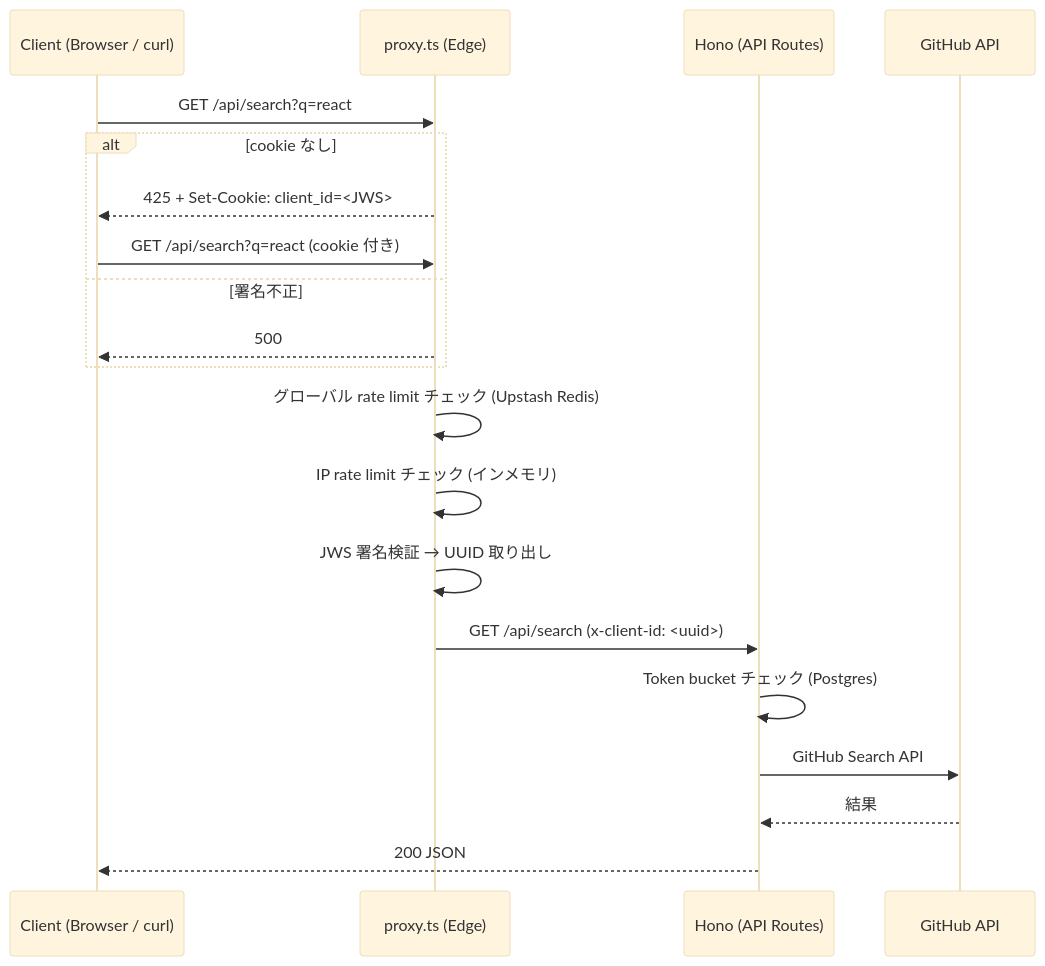
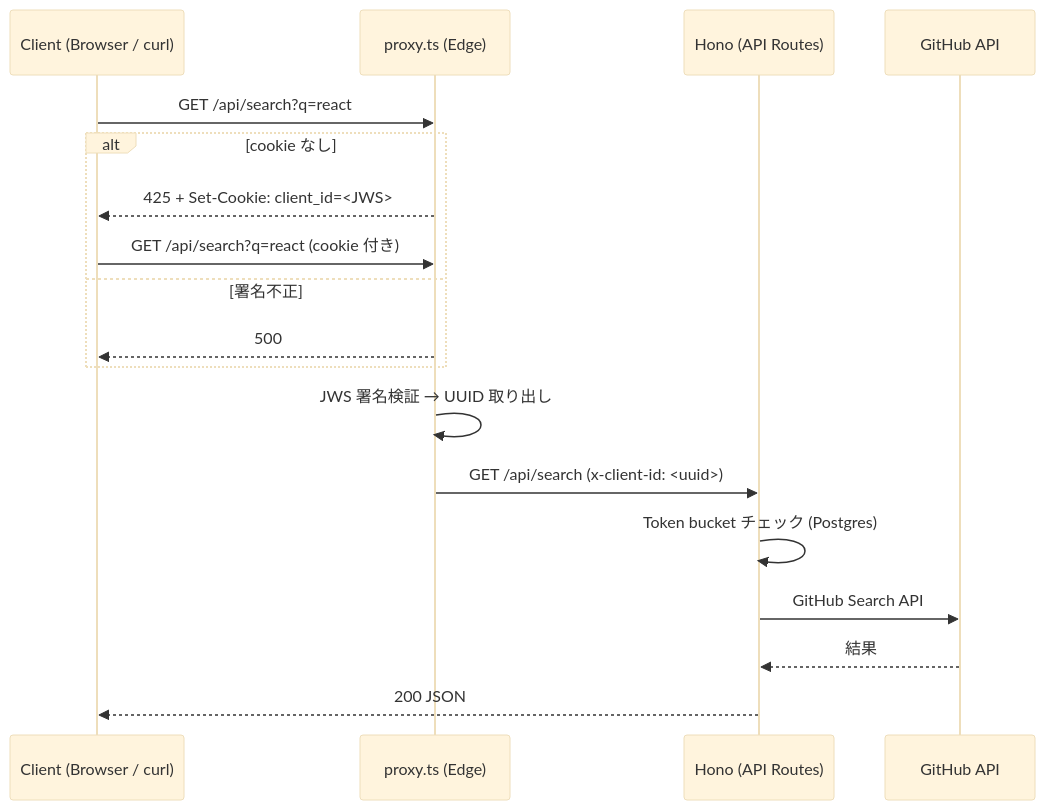
Before and after one commit to shidari/github-repo-explorer: the diagram in README.md, drawn with Mermaid (base theme). The commit also changed other lines of this file and 5 other files, not shown here.

First line of the commit message:
refactor: proxy からインメモリ IP rate limit と GlobalRateLimiter (Upstash Redis) を削除

````diff
--- a/README.md
+++ b/README.md
@@ -137,23 +136,21 @@
    ```mermaid
    sequenceDiagram
        participant C as Client (Browser / curl)
        participant P as proxy.ts (Edge)
        participant H as Hono (API Routes)
        participant G as GitHub API
 
        C->>P: GET /api/search?q=react
        alt cookie なし
            P-->>C: 425 + Set-Cookie: client_id=<JWS>
            C->>P: GET /api/search?q=react (cookie 付き)
        else 署名不正
            P-->>C: 500
        end
-       P->>P: グローバル rate limit チェック (Upstash Redis)
-       P->>P: IP rate limit チェック (インメモリ)
        P->>P: JWS 署名検証 → UUID 取り出し
        P->>H: GET /api/search (x-client-id: <uuid>)
        H->>H: Token bucket チェック (Postgres)
        H->>G: GitHub Search API
        G-->>H: 結果
        H-->>C: 200 JSON
    ```
````
